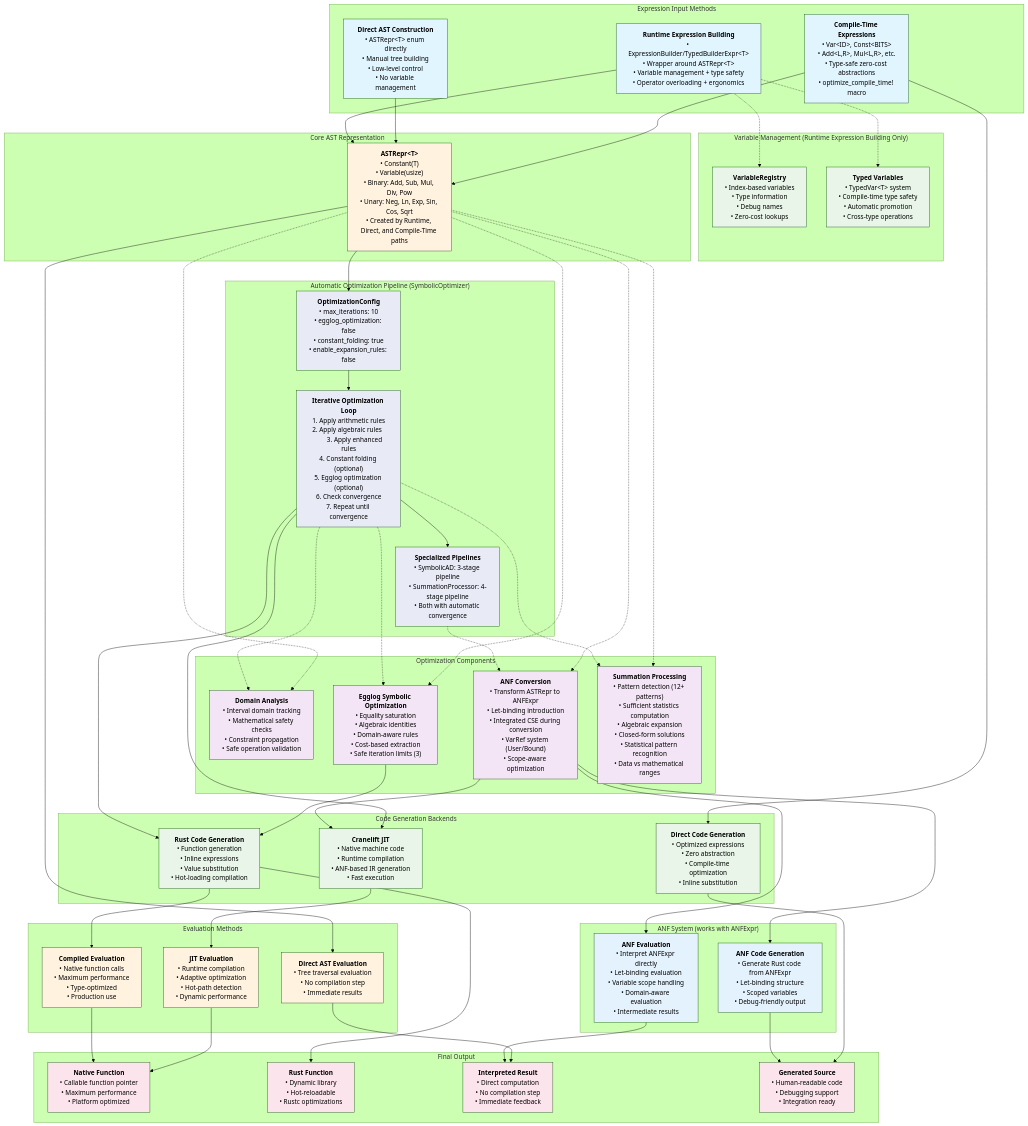
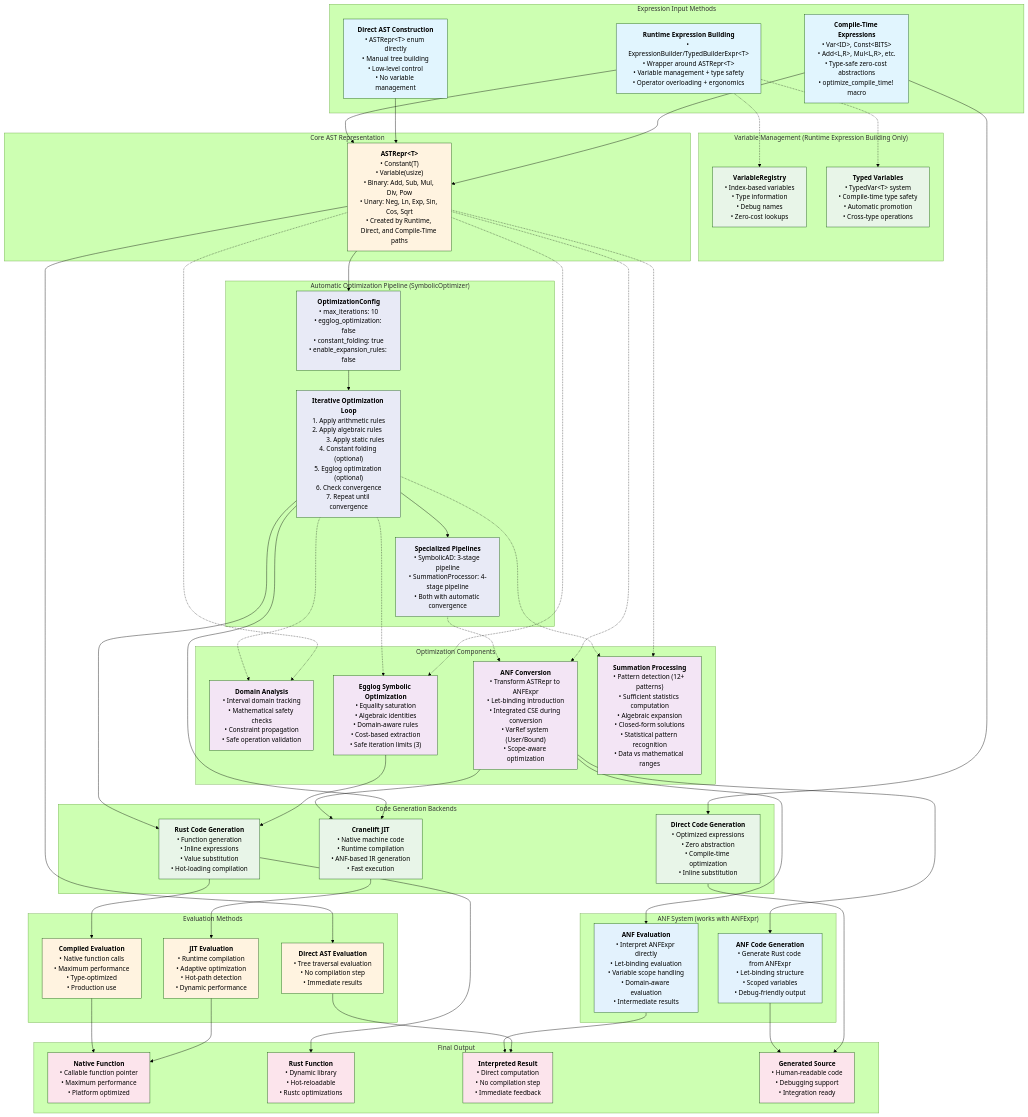
Before and after one commit to cscherrer/dslcompile: the diagram in docs/DSL_System_Architecture.md, drawn with Mermaid (forest theme). The commit also changed other lines of this file and 22 other files, not shown here.

Commit message:
enhanced => static

```diff
--- a/docs/DSL_System_Architecture.md
+++ b/docs/DSL_System_Architecture.md
@@ -70,7 +70,7 @@
         IterativeOpt["`**Iterative Optimization Loop**
         1. Apply arithmetic rules
         2. Apply algebraic rules  
-        3. Apply enhanced rules
+        3. Apply static rules
         4. Constant folding (optional)
         5. Egglog optimization (optional)
         6. Check convergence
```
